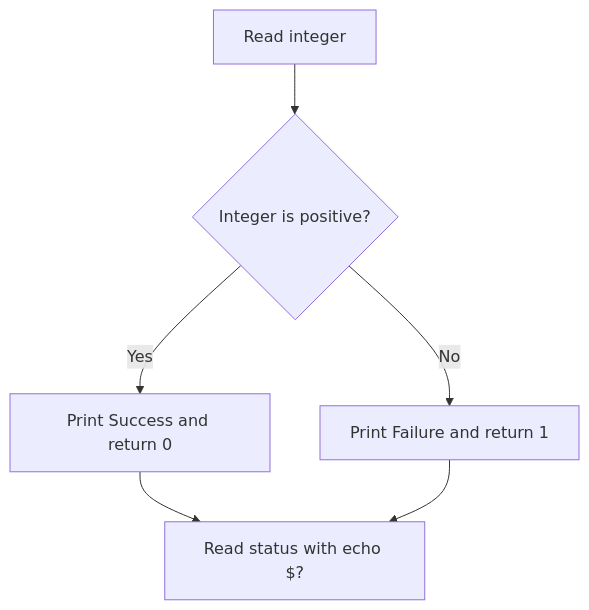
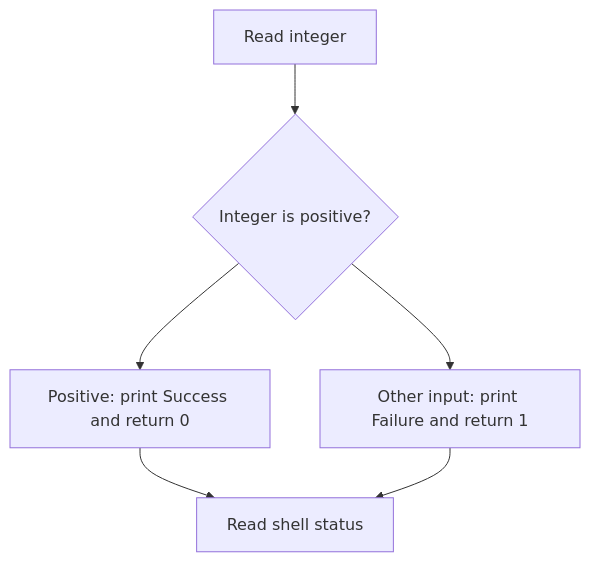
The third of 5 diagrams in lab-02/report.md (SantasHelperOwo/250660Atipshrestha-Labs), drawn with Mermaid before and after one commit. The commit also changed other lines of this file and 1 other file, not shown here.

````diff
--- a/lab-02/report.md
+++ b/lab-02/report.md
@@ -92,8 +92,8 @@
 ```mermaid
 flowchart TD
-    A[Read integer] --> B{Integer is positive?}
-    B -->|Yes| C[Print Success and return 0]
-    B -->|No| D[Print Failure and return 1]
-    C --> E[Read status with echo $?]
+    A["Read integer"] --> B{"Integer is positive?"}
+    B --> C["Positive: print Success and return 0"]
+    B --> D["Other input: print Failure and return 1"]
+    C --> E["Read shell status"]
     D --> E
 ```
````
